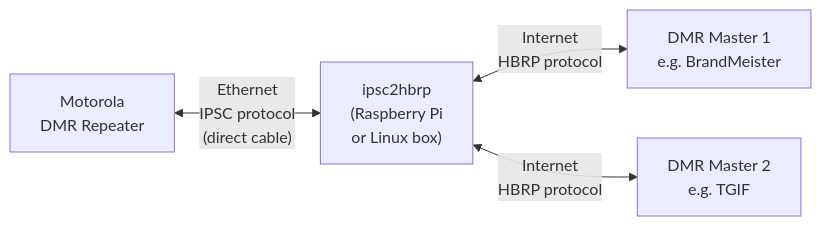
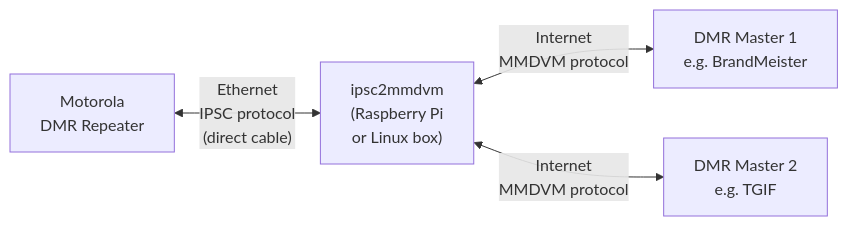
The diagram in README.md (iu2tzo/ipsc2mmdvm), drawn with Mermaid before and after one commit. The commit also changed other lines of this file and 20 other files, not shown here.

Commit message:
formalize mmdvm protocol

````diff
--- a/README.md
+++ b/README.md
@@ -11,6 +11,6 @@
 ```mermaid
 flowchart LR
     A["Motorola<br>DMR Repeater"] <-->|"Ethernet<br>IPSC protocol<br>(direct cable)"| B
-    B["ipsc2hbrp<br>(Raspberry Pi <br>or Linux box)"] <-->|"Internet<br>HBRP protocol"| C[DMR Master 1<br>e.g. BrandMeister]
-    B <-->|"Internet<br>HBRP protocol"| D[DMR Master 2<br>e.g. TGIF]
+    B["ipsc2mmdvm<br>(Raspberry Pi <br>or Linux box)"] <-->|"Internet<br>MMDVM protocol"| C[DMR Master 1<br>e.g. BrandMeister]
+    B <-->|"Internet<br>MMDVM protocol"| D[DMR Master 2<br>e.g. TGIF]
 ```
````
